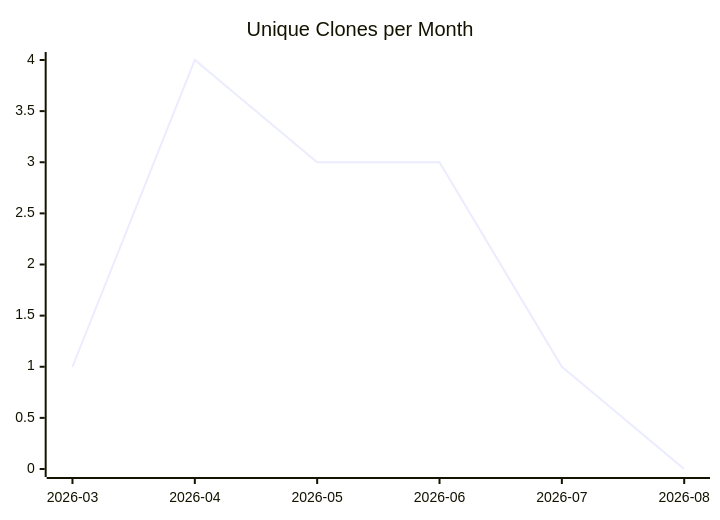
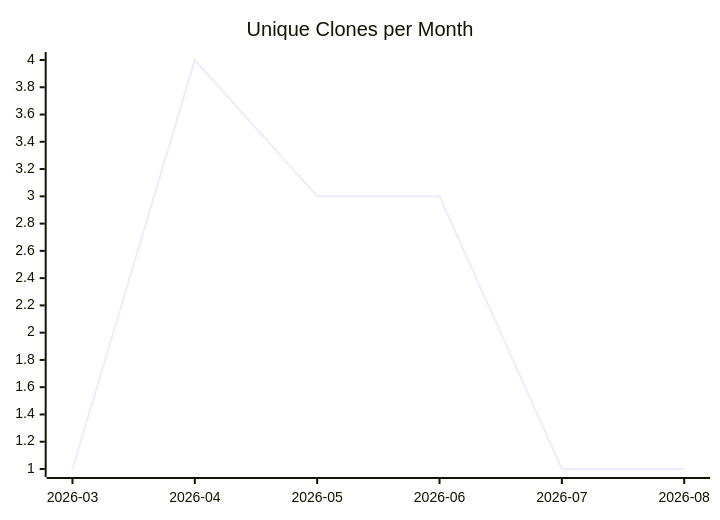
One commit to justdavis-family/github-analytics-data changed the third of 3 diagrams in karlmdavis/FHIR-Server/README.md. Above: the diagram before and after it, drawn with Mermaid. The commit also changed other lines of this file and 171 other files, not shown here.

````diff
--- a/karlmdavis/FHIR-Server/README.md
+++ b/karlmdavis/FHIR-Server/README.md
@@ -19,6 +19,6 @@
 ```mermaid
 xychart-beta
   title "Unique Clones per Month"
   x-axis ["2026-03", "2026-04", "2026-05", "2026-06", "2026-07", "2026-08"]
-  line [1, 4, 3, 3, 1, 0]
+  line [1, 4, 3, 3, 1, 1]
 ```
````
